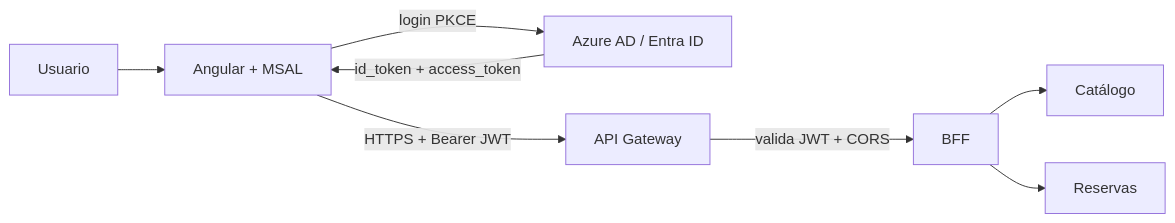
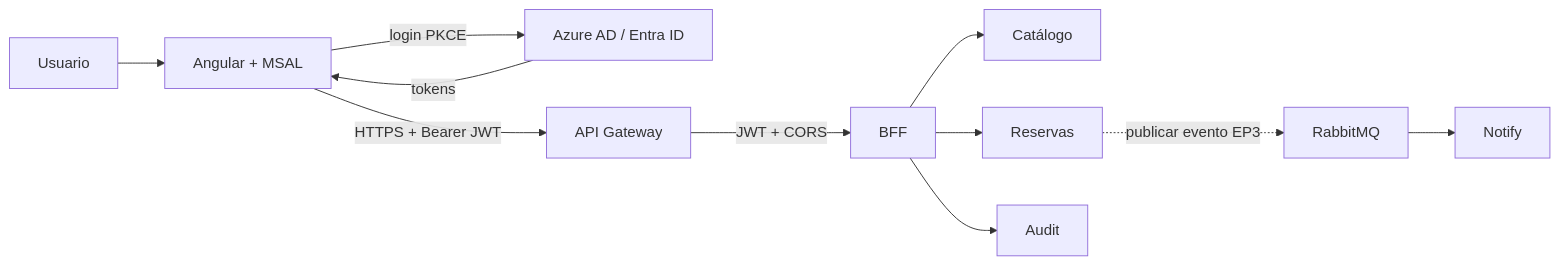
The diagram in ARQUITECTURA.md (cristianmonsalve14/andesstay-docs), drawn with Mermaid before and after one commit. The commit also changed other lines of this file and 4 other files, not shown here.

````diff
--- a/ARQUITECTURA.md
+++ b/ARQUITECTURA.md
@@ -5,18 +7,24 @@
 ```mermaid
 flowchart LR
   U[Usuario]
   FE[Angular + MSAL]
   AAD[Azure AD / Entra ID]
   GW[API Gateway]
   BFF[BFF]
   CAT[Catálogo]
   RES[Reservas]
+  AUD[Audit]
+  RMQ[RabbitMQ]
+  NTF[Notify]
 
   U --> FE
   FE -->|login PKCE| AAD
-  AAD -->|id_token + access_token| FE
+  AAD -->|tokens| FE
   FE -->|HTTPS + Bearer JWT| GW
-  GW -->|valida JWT + CORS| BFF
+  GW -->|JWT + CORS| BFF
   BFF --> CAT
   BFF --> RES
+  BFF --> AUD
+  RES -.->|publicar evento EP3| RMQ
+  RMQ --> NTF
 ```
````
